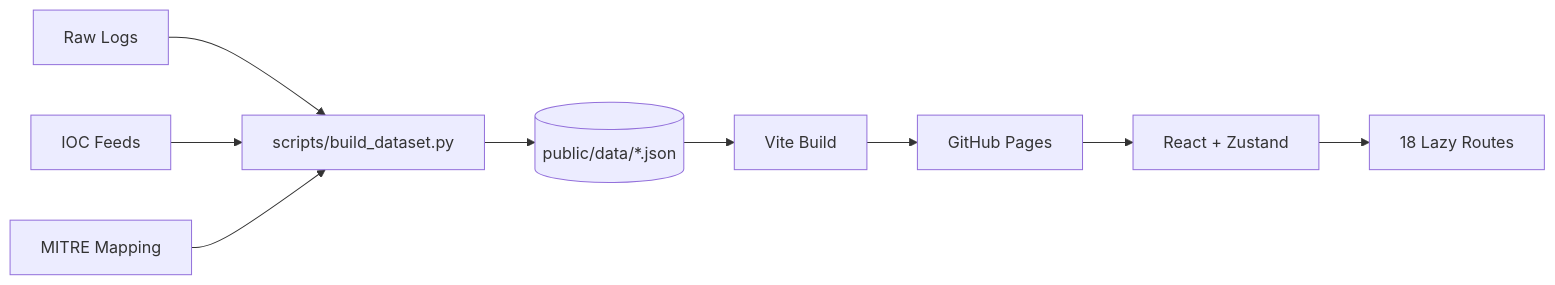
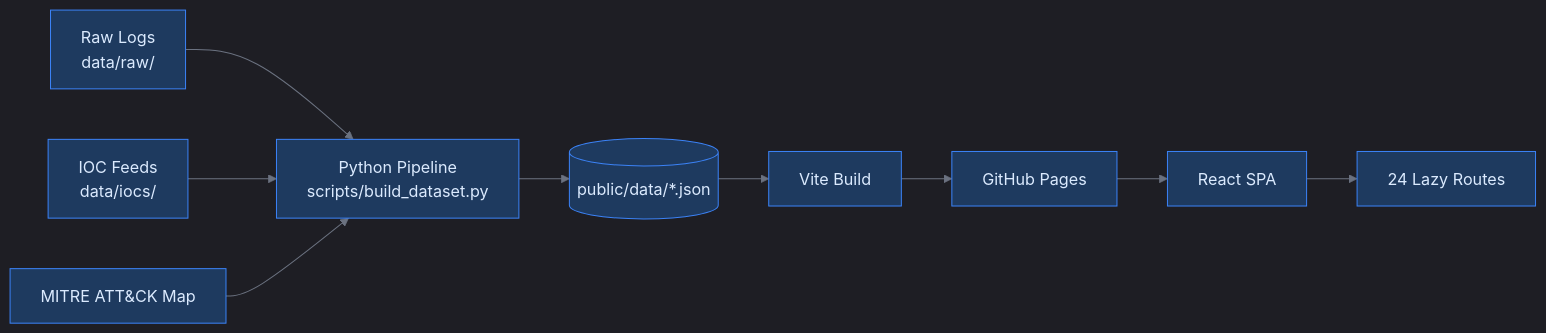
One commit to yatuk/soc-simulation changed the diagram in README.md. Above: the diagram before and after it, drawn with Mermaid. The commit also changed other lines of this file, not shown here.

````diff
--- a/README.md
+++ b/README.md
@@ -165,11 +59,15 @@
 ```mermaid
+%%{init: {'theme': 'dark', 'themeVariables': {'primaryColor': '#1e3a5f','primaryTextColor': '#dbeafe','primaryBorderColor': '#3b82f6','lineColor': '#6b7280','background': '#0f172a','mainBkg': '#1e293b'}}}%%
 flowchart LR
-    A[Raw Logs] --> B[scripts/build_dataset.py]
-    C[IOC Feeds] --> B
-    D[MITRE Mapping] --> B
+    A[Raw Logs<br/>data/raw/] --> B[Python Pipeline<br/>scripts/build_dataset.py]
+    C[IOC Feeds<br/>data/iocs/] --> B
+    D[MITRE ATT&CK Map] --> B
     B --> E[(public/data/*.json)]
     E --> F[Vite Build]
     F --> G[GitHub Pages]
-    G --> H[React + Zustand]
-    H --> I[18 Lazy Routes]
+    G --> H[React SPA]
+    H --> I[24 Lazy Routes]
+
+    classDef edge fill:#1e3a5f,stroke:#3b82f6,color:#dbeafe
+    class A,B,C,D,E,F,G,H,I edge
 ```
````
